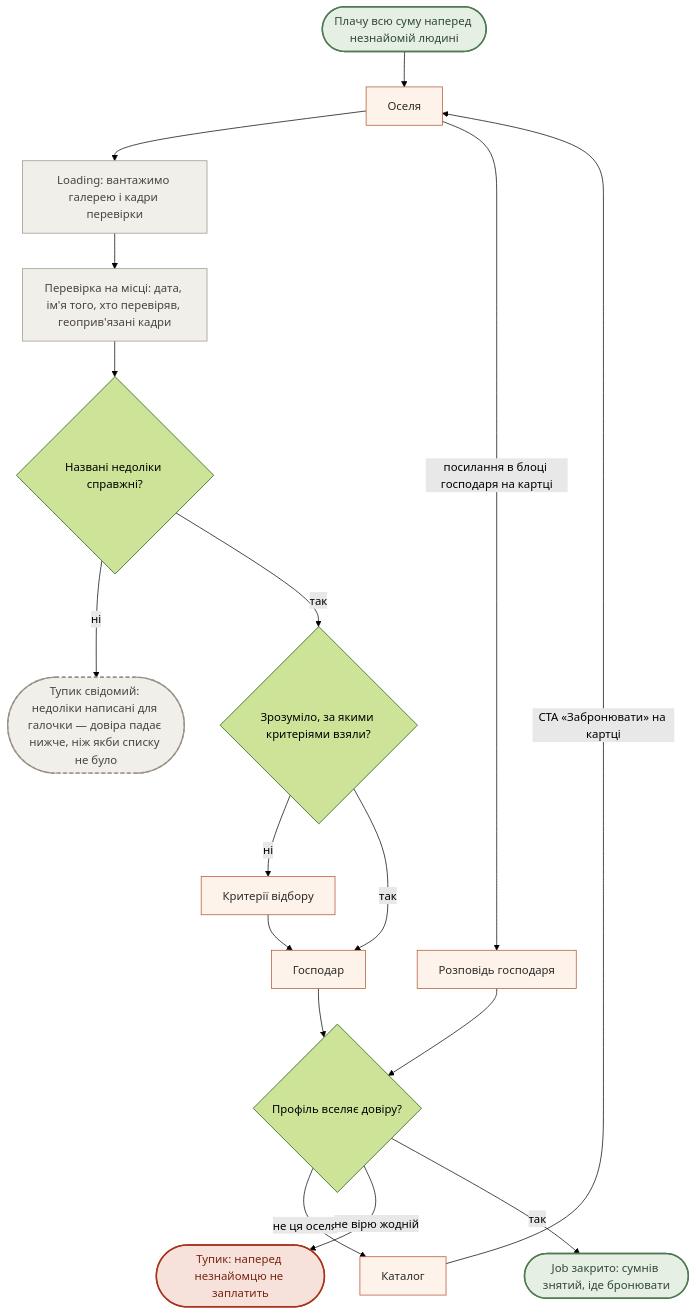
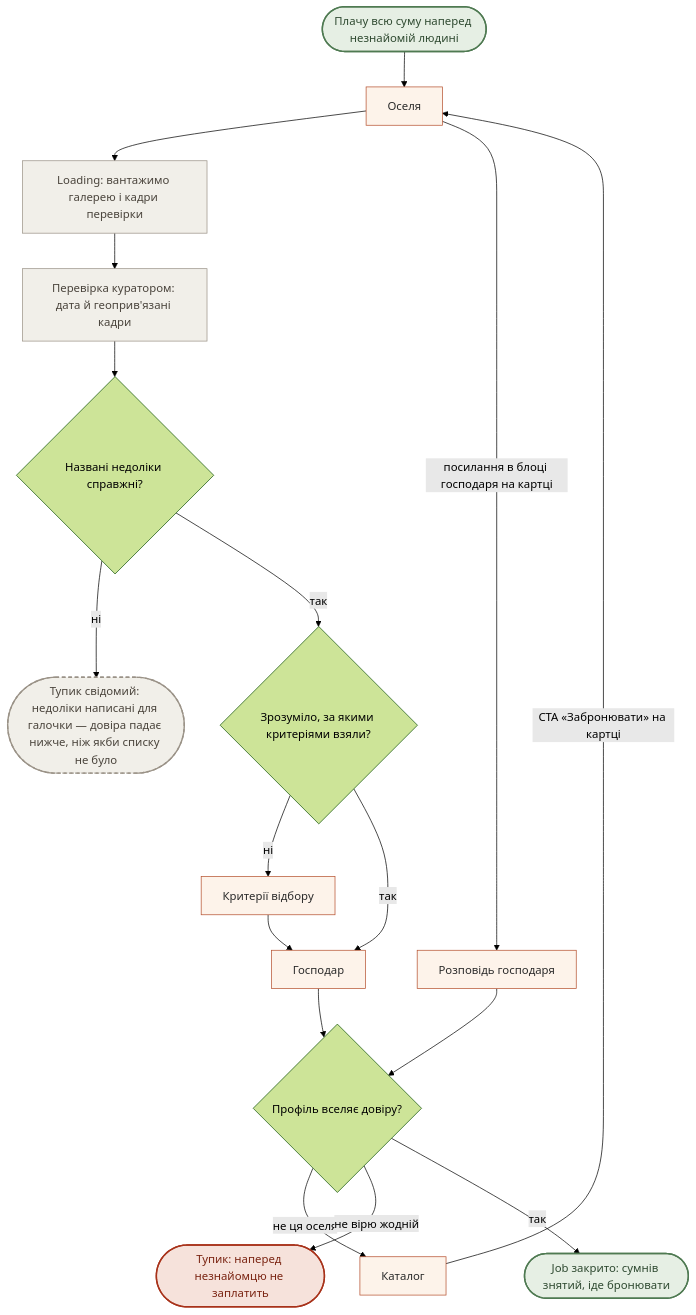
The fourth of 10 diagrams in ia/flows.md (sofiya5395870-sys/khata-v-seli), drawn with Mermaid (forest theme) before and after one commit. The commit also changed other lines of this file and 4 other files, not shown here.

````diff
--- a/ia/flows.md
+++ b/ia/flows.md
@@ -161,32 +161,32 @@
 ```mermaid
 flowchart TD
     Start(["Плачу всю суму наперед незнайомій людині"]) --> House["Оселя"]
     House --> Load["Loading: вантажимо галерею і кадри перевірки"]
-    Load --> Proof["Перевірка на місці: дата, ім'я того, хто перевіряв, геоприв'язані кадри"]
+    Load --> Proof["Перевірка куратором: дата й геоприв'язані кадри"]
     Proof --> Flaws{"Названі недоліки справжні?"}
     Flaws -->|ні| DeadFake(["Тупик свідомий: недоліки написані для галочки — довіра падає нижче, ніж якби списку не було"])
     Flaws -->|так| Why{"Зрозуміло, за якими критеріями взяли?"}
 
     Why -->|ні| Crit["Критерії відбору"]
     Crit --> Owner["Господар"]
     Why -->|так| Owner
 
     House -->|посилання в блоці господаря на картці| Talk["Розповідь господаря"]
     Talk --> Trust
     Owner --> Trust{"Профіль вселяє довіру?"}
     Trust -->|не ця оселя| Cat["Каталог"]
     Cat -->|CTA «Забронювати» на картці| House
     Trust -->|не вірю жодній| DeadTrust(["Тупик: наперед незнайомцю не заплатить"])
     Trust -->|так| Win(["Job закрито: сумнів знятий, іде бронювати"])
 
     classDef screen fill:#fdf3ea,stroke:#b5502e,color:#2b2b2b
     classDef state fill:#f1efe9,stroke:#9a9287,color:#4a443c
     classDef dead fill:#f6e2db,stroke:#a8321a,stroke-width:2px,color:#7a2412
     classDef kept fill:#f1efe9,stroke:#9a9287,stroke-width:2px,stroke-dasharray:5 4,color:#4a443c
     classDef win fill:#e6efe4,stroke:#4f7a52,stroke-width:2px,color:#2f4a31
     class House,Cat,Crit,Owner,Talk screen
     class Load,Proof state
     class DeadTrust dead
     class DeadFake kept
     class Win,Start win
 ```
````
